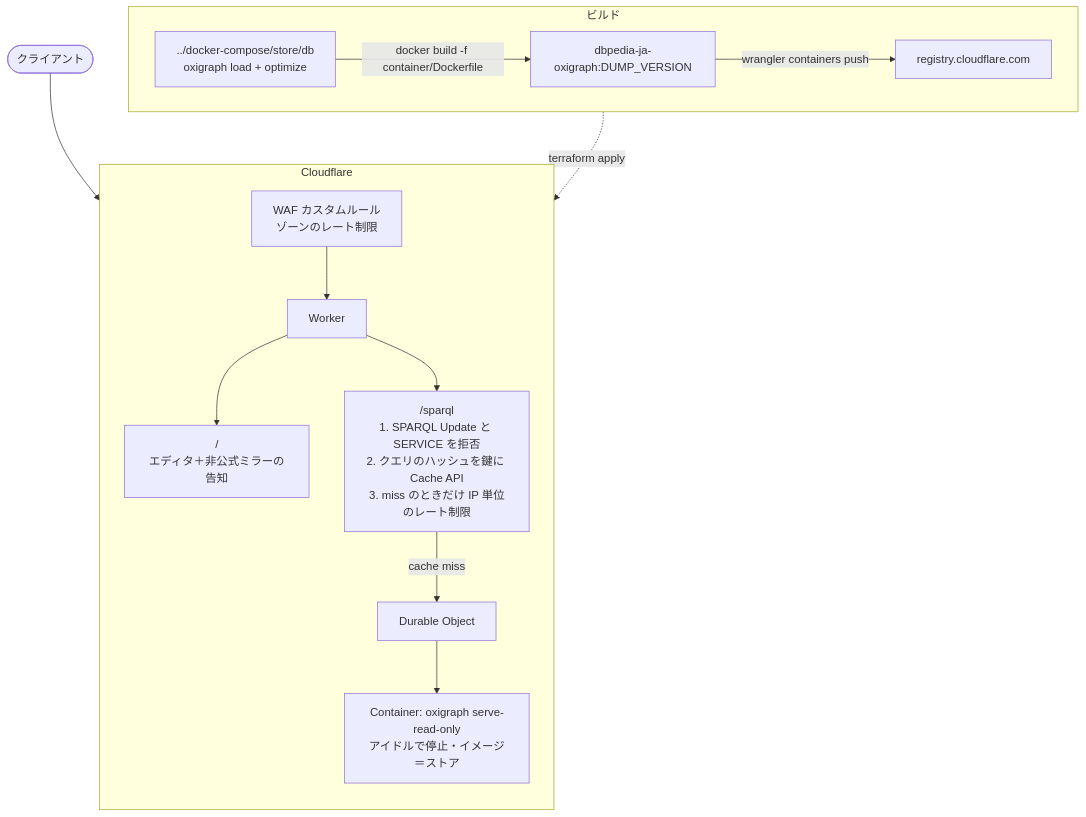
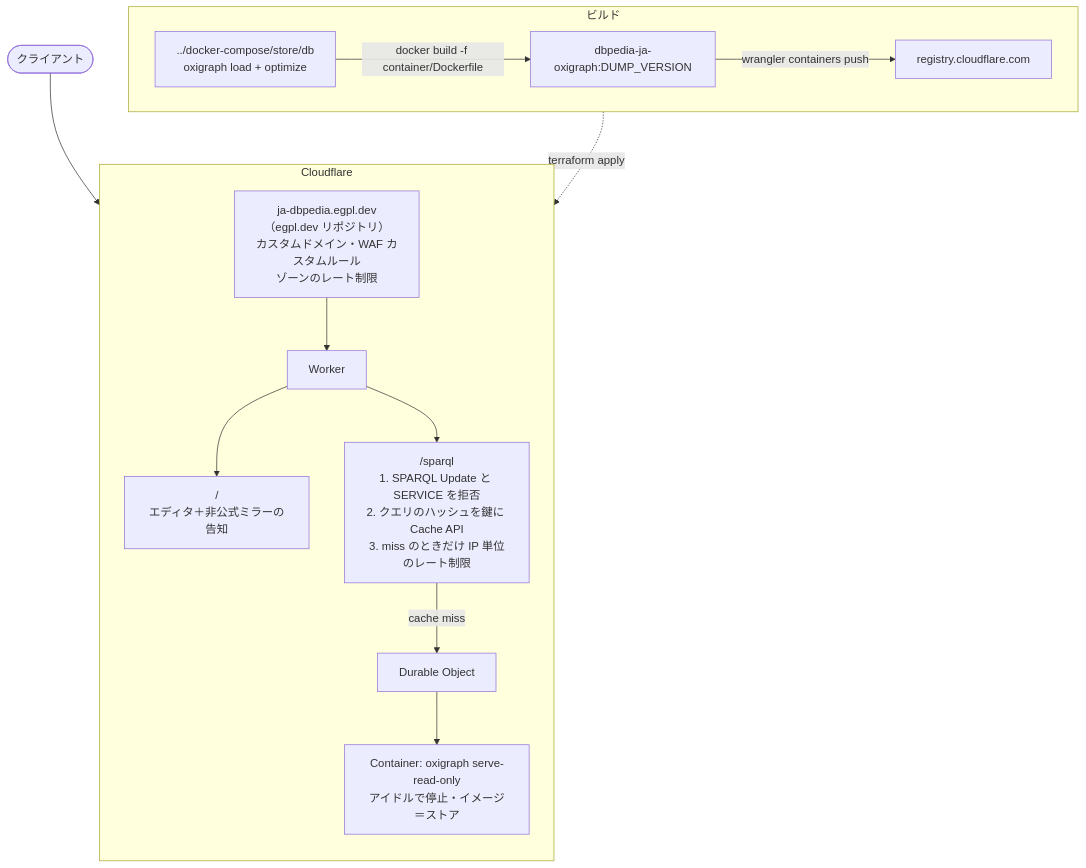
Before and after one commit to eggplants/dbpedia-japanese-mirror: the diagram in cloudflare/README.ja.md, drawn with Mermaid. The commit also changed other lines of this file and 18 other files, not shown here.

````diff
--- a/cloudflare/README.ja.md
+++ b/cloudflare/README.ja.md
@@ -7,32 +7,32 @@
 ```mermaid
 flowchart TD
     subgraph build["ビルド"]
         direction LR
         store["../docker-compose/store/db<br/>oxigraph load + optimize"]
         image["dbpedia-ja-oxigraph:DUMP_VERSION"]
         registry["registry.cloudflare.com"]
         store -->|"docker build -f container/Dockerfile"| image
         image -->|"wrangler containers push"| registry
     end
 
     client(["クライアント"])
 
     subgraph cf["Cloudflare"]
         direction TB
-        edge["WAF カスタムルール<br/>ゾーンのレート制限"]
+        edge["ja-dbpedia.egpl.dev（egpl.dev リポジトリ）<br/>カスタムドメイン・WAF カスタムルール<br/>ゾーンのレート制限"]
         worker["Worker"]
         page["/<br/>エディタ＋非公式ミラーの告知"]
         sparql["/sparql<br/>1. SPARQL Update と SERVICE を拒否<br/>2. クエリのハッシュを鍵に Cache API<br/>3. miss のときだけ IP 単位のレート制限"]
         do["Durable Object"]
         container["Container: oxigraph serve-read-only<br/>アイドルで停止・イメージ＝ストア"]
 
         edge --> worker
         worker --> page
         worker --> sparql
         sparql -->|"cache miss"| do
         do --> container
     end
 
     client --> edge
     build -.->|"terraform apply"| cf
 ```
````
